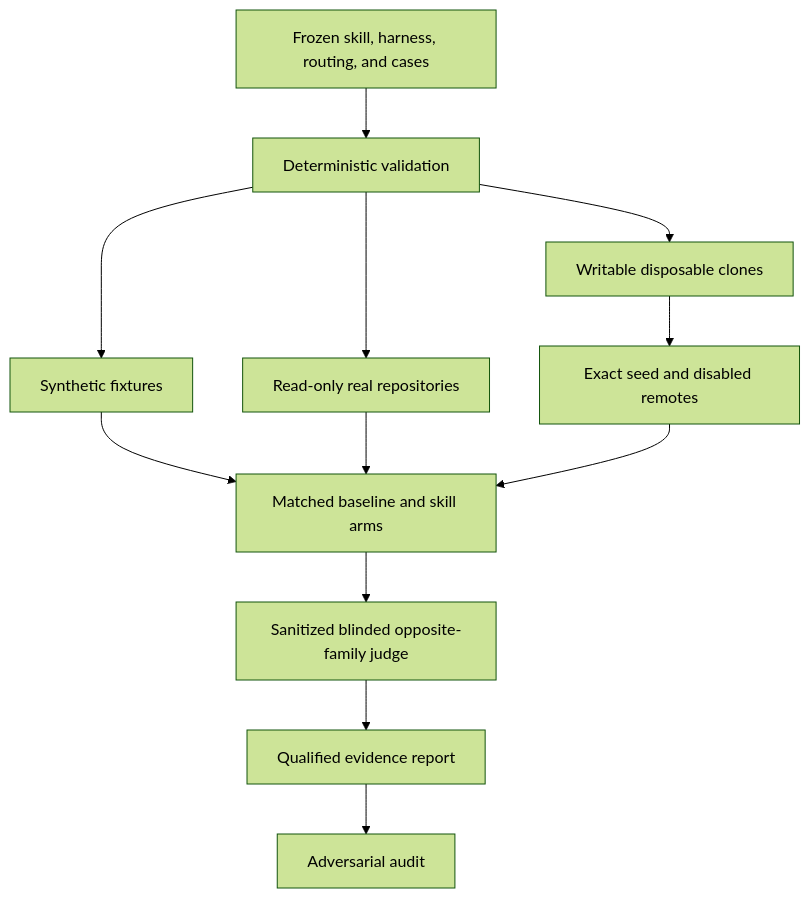
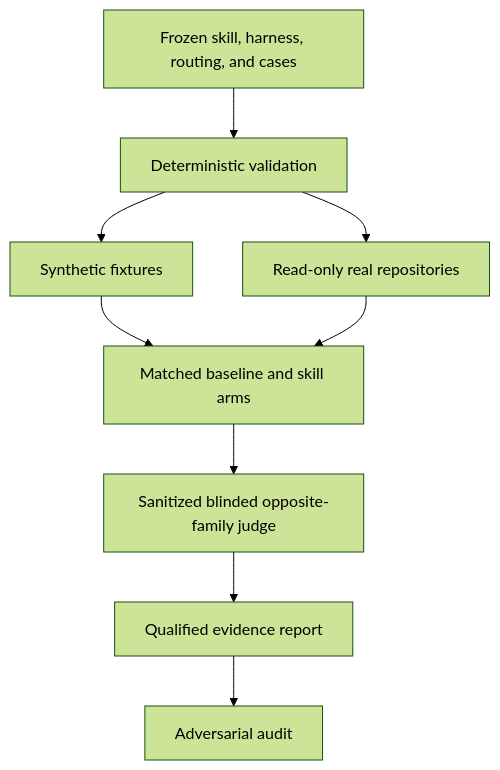
The fourth of 4 diagrams in README.md (abdul-shaikh-dev/code-territory-guide), drawn with Mermaid (forest theme) before and after one commit. The commit also changed other lines of this file and 14 other files, not shown here.

````diff
--- a/README.md
+++ b/README.md
@@ -238,14 +238,11 @@
 ```mermaid
 flowchart TD
     L[Frozen skill, harness, routing, and cases] --> V[Deterministic validation]
     V --> S[Synthetic fixtures]
     V --> RO[Read-only real repositories]
-    V --> RW[Writable disposable clones]
-    RW --> I[Exact seed and disabled remotes]
     S --> P[Matched baseline and skill arms]
     RO --> P
-    I --> P
     P --> J[Sanitized blinded opposite-family judge]
     J --> R[Qualified evidence report]
     R --> A[Adversarial audit]
 ```
````
